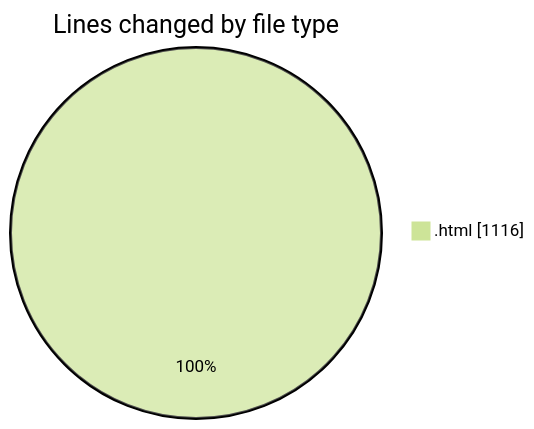
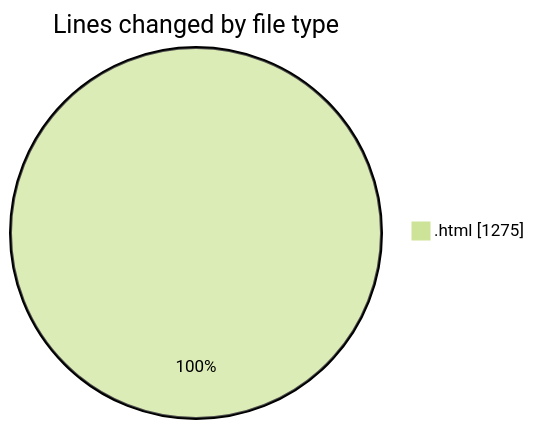
The first of 2 diagrams in 2025-05-21/filetransfer/README.md (Ritupan-Deka/code-tracking), drawn with Mermaid (forest theme) before and after one commit. The commit also changed other lines of this file and 1 other file, not shown here.

````diff
--- a/2025-05-21/filetransfer/README.md
+++ b/2025-05-21/filetransfer/README.md
@@ -22,5 +22,5 @@
 ```mermaid
 pie showData
 title Lines changed by file type
-".html" : 1116
+".html" : 1275
 ```
````
